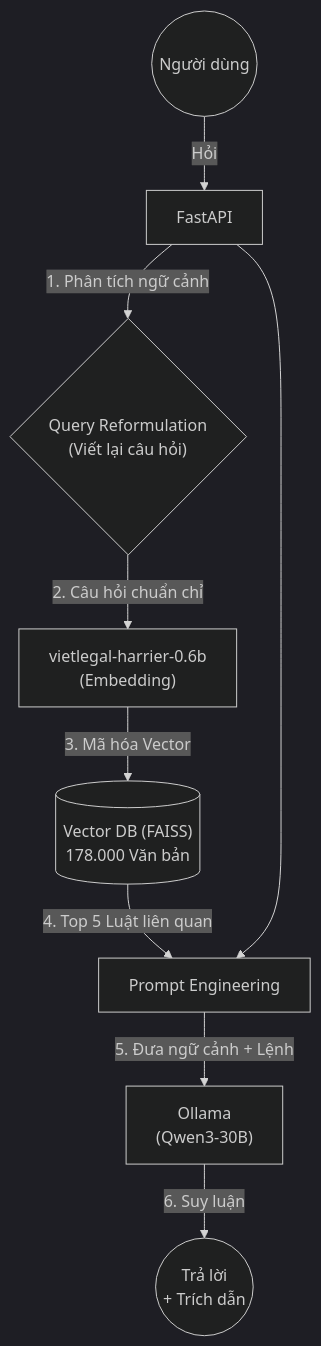
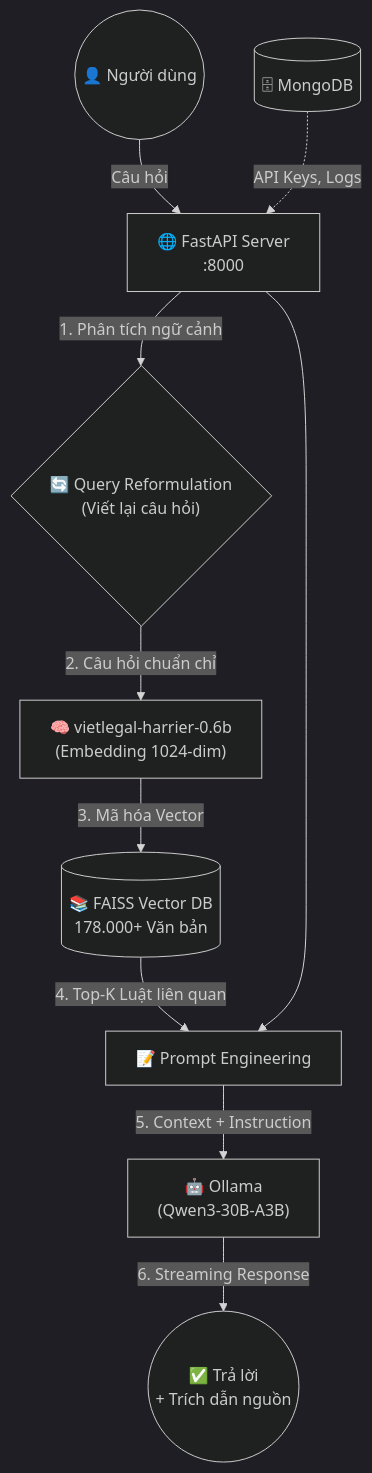
The diagram in README.md (phamkhoa18/Qwen-local), drawn with Mermaid (dark theme) before and after one commit. The commit also changed other lines of this file and 3 other files, not shown here.

````diff
--- a/README.md
+++ b/README.md
@@ -20,11 +46,13 @@
 ```mermaid
 graph TD
-    User(("Người dùng")) -->|Hỏi| API["FastAPI"]
-    API -->|1. Phân tích ngữ cảnh| Reformulation{"Query Reformulation\n(Viết lại câu hỏi)"}
-    Reformulation -->|2. Câu hỏi chuẩn chỉ| Embed["vietlegal-harrier-0.6b\n(Embedding)"]
-    Embed -->|3. Mã hóa Vector| FAISS[("Vector DB (FAISS)\n178.000 Văn bản")]
-    FAISS -->|4. Top 5 Luật liên quan| Prompt["Prompt Engineering"]
+    User(("👤 Người dùng")) -->|Câu hỏi| API["🌐 FastAPI Server<br/>:8000"]
+    API -->|1. Phân tích ngữ cảnh| QR{"🔄 Query Reformulation<br/>(Viết lại câu hỏi)"}
+    QR -->|2. Câu hỏi chuẩn chỉ| Embed["🧠 vietlegal-harrier-0.6b<br/>(Embedding 1024-dim)"]
+    Embed -->|3. Mã hóa Vector| FAISS[("📚 FAISS Vector DB<br/>178.000+ Văn bản")]
+    FAISS -->|4. Top-K Luật liên quan| Prompt["📝 Prompt Engineering"]
     API --> Prompt
-    Prompt -->|5. Đưa ngữ cảnh + Lệnh| LLM["Ollama\n(Qwen3-30B)"]
-    LLM -->|6. Suy luận| Answer(("Trả lời\n+ Trích dẫn"))
+    Prompt -->|5. Context + Instruction| LLM["🤖 Ollama<br/>(Qwen3-30B-A3B)"]
+    LLM -->|6. Streaming Response| Answer(("✅ Trả lời<br/>+ Trích dẫn nguồn"))
+    
+    DB[("🗄 MongoDB")] -.->|API Keys, Logs| API
 ```
````
